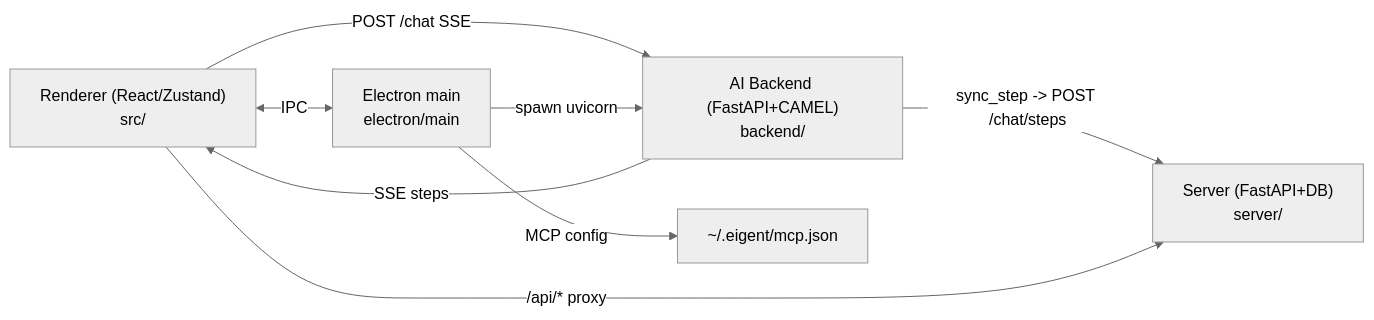
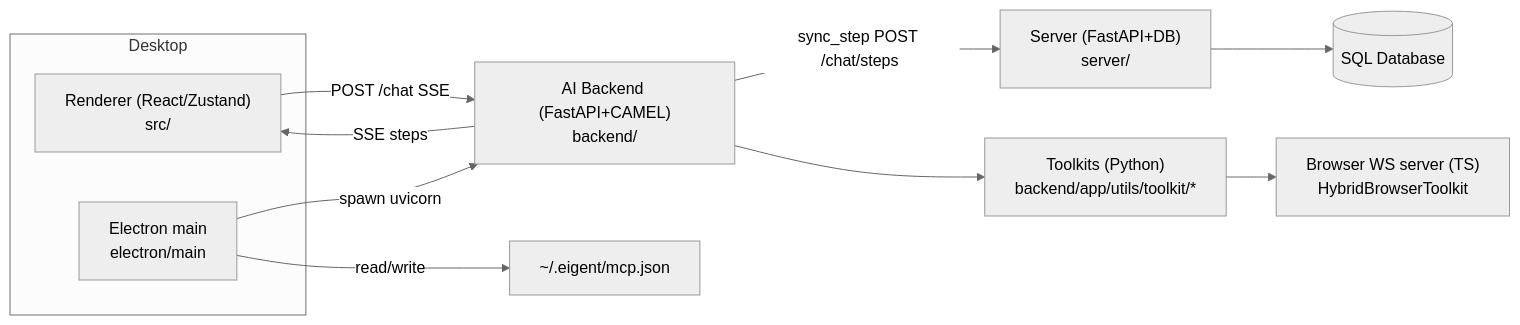
One commit to ParkerRex/harnesses changed the first of 8 diagrams in eigent-architecture.md. Above: the diagram before and after it, drawn with Mermaid (neutral theme). The commit also changed other lines of this file and 4 other files, not shown here.

````diff
--- a/eigent-architecture.md
+++ b/eigent-architecture.md
@@ -44,10 +21,15 @@
 ```mermaid
 flowchart LR
-  UI["Renderer (React/Zustand)\nsrc/"] -->|POST /chat SSE| BE["AI Backend (FastAPI+CAMEL)\nbackend/"]
+  subgraph Desktop
+    UI["Renderer (React/Zustand)\nsrc/"]
+    EM["Electron main\nelectron/main"]
+  end
+  EM -->|spawn uvicorn| BE["AI Backend (FastAPI+CAMEL)\nbackend/"]
+  UI -->|POST /chat SSE| BE
   BE -->|SSE steps| UI
-  BE -->|sync_step -> POST /chat/steps| SV["Server (FastAPI+DB)\nserver/"]
-  UI -->|/api/* proxy| SV
-  UI <-->|IPC| EM["Electron main\nelectron/main"]
-  EM -->|spawn uvicorn| BE
-  EM -->|MCP config| MCP["~/.eigent/mcp.json"]
+  BE -->|sync_step POST /chat/steps| SV["Server (FastAPI+DB)\nserver/"]
+  SV --> DB[(SQL Database)]
+  EM -->|read/write| MCP["~/.eigent/mcp.json"]
+  BE --> TK["Toolkits (Python)\nbackend/app/utils/toolkit/*"]
+  TK --> WB["Browser WS server (TS)\nHybridBrowserToolkit"]
 ```
````
